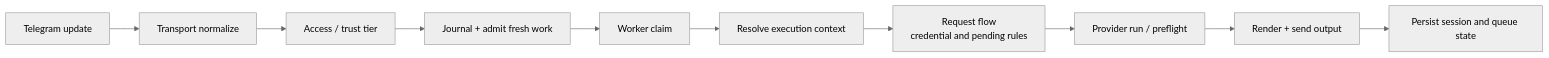
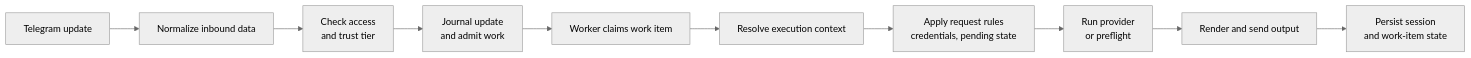
One commit to privacynow/octopus changed the third of 8 diagrams in docs/ARCHITECTURE.md. Above: the diagram before and after it, drawn with Mermaid (neutral theme). The commit also changed other lines of this file, not shown here.

Commit message:
Simplify architecture language and diagrams

````diff
--- a/docs/ARCHITECTURE.md
+++ b/docs/ARCHITECTURE.md
@@ -443,15 +465,15 @@
 ```mermaid
 flowchart LR
     U["Telegram update"]
-    T["Transport normalize"]
-    A["Access / trust tier"]
-    Q["Journal + admit fresh work"]
-    W["Worker claim"]
+    T["Normalize inbound data"]
+    A["Check access<br/>and trust tier"]
+    Q["Journal update<br/>and admit work"]
+    W["Worker claims work item"]
     X["Resolve execution context"]
-    R["Request flow<br/>credential and pending rules"]
-    P["Provider run / preflight"]
-    O["Render + send output"]
-    S["Persist session and queue state"]
+    R["Apply request rules<br/>credentials, pending state"]
+    P["Run provider<br/>or preflight"]
+    O["Render and send output"]
+    S["Persist session<br/>and work-item state"]
 
     U --> T --> A --> Q --> W --> X --> R --> P --> O --> S
 ```
````
